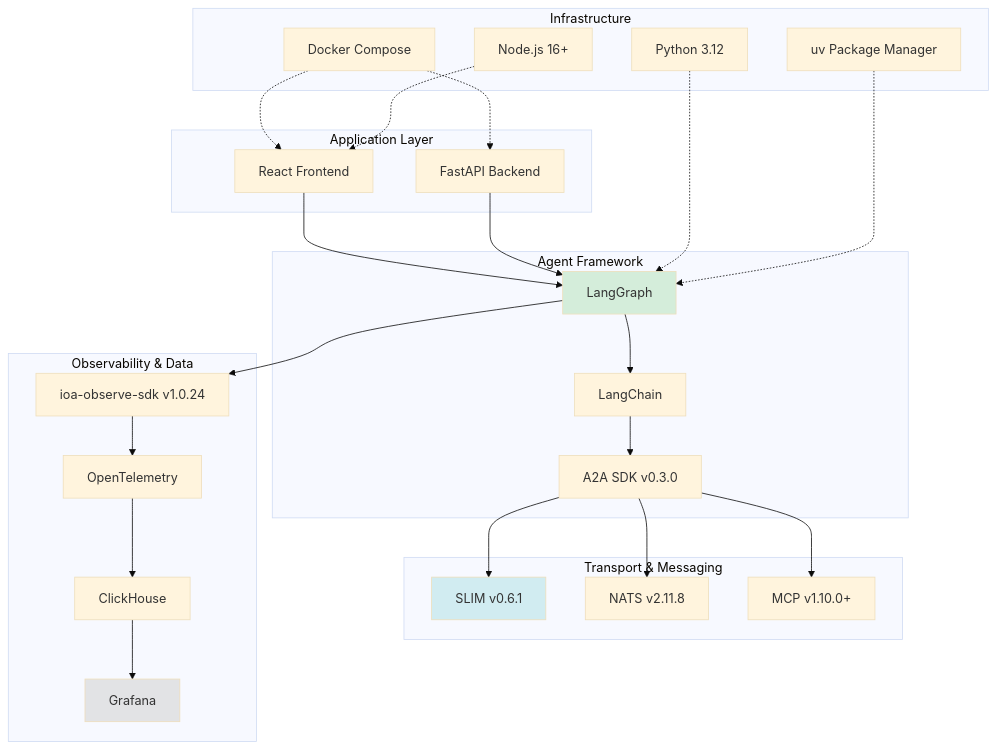
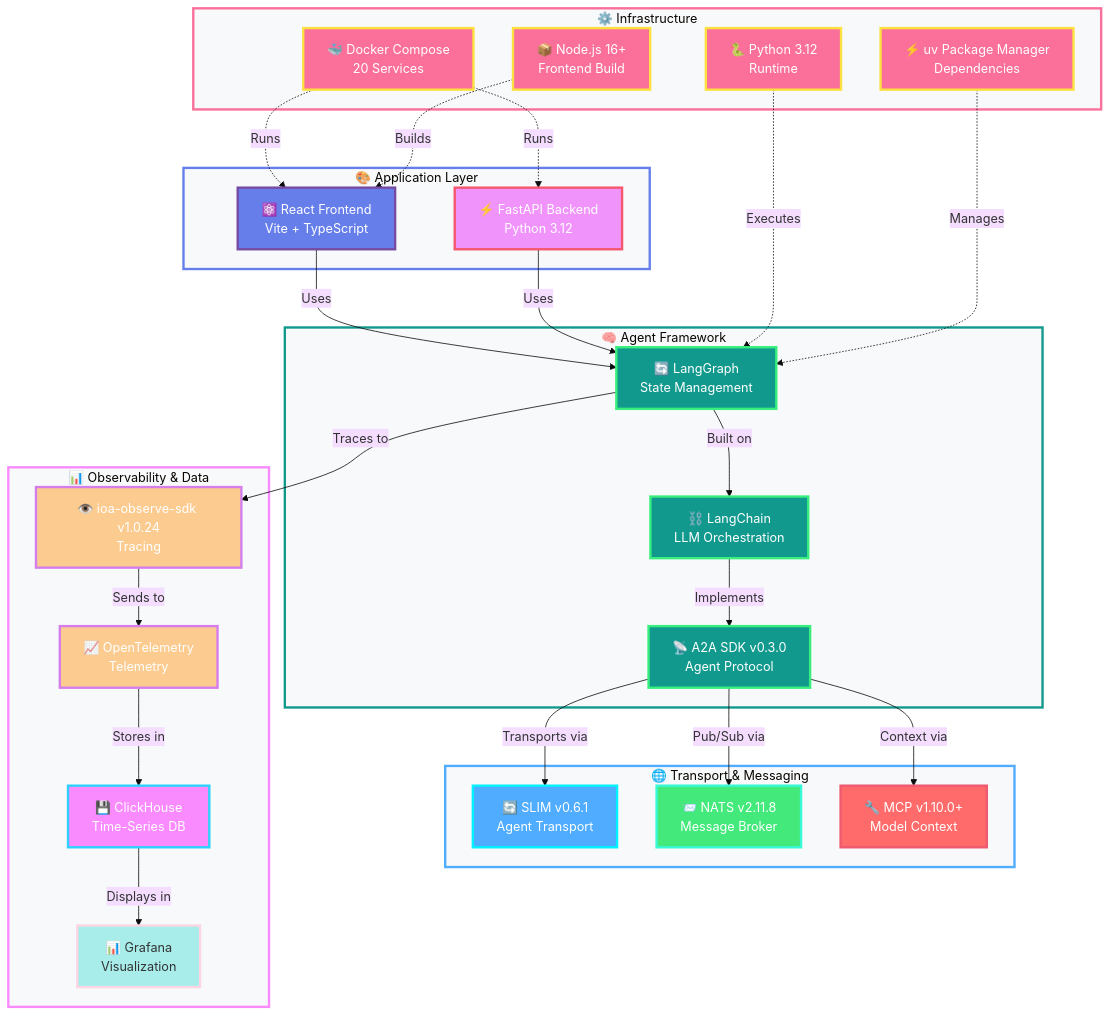
The fourth of 4 diagrams in README.md (rjamoriz/Agentcy-Multiagents), drawn with Mermaid (base theme) before and after one commit. The commit also changed other lines of this file, not shown here.

First line of the commit message:
🎨 Update Mermaid diagrams with vibrant gradient colors and emojis

````diff
--- a/README.md
+++ b/README.md
@@ -168,55 +220,78 @@
 ```mermaid
 graph TB
-    subgraph "Application Layer"
-        A1[React Frontend]
-        A2[FastAPI Backend]
+    subgraph APP["🎨 Application Layer"]
+        A1[⚛️ React Frontend<br/>Vite + TypeScript]
+        A2[⚡ FastAPI Backend<br/>Python 3.12]
     end
     
-    subgraph "Agent Framework"
-        B1[LangGraph]
-        B2[LangChain]
-        B3[A2A SDK v0.3.0]
+    subgraph FRAMEWORK["🧠 Agent Framework"]
+        B1[🔄 LangGraph<br/>State Management]
+        B2[⛓️ LangChain<br/>LLM Orchestration]
+        B3[📡 A2A SDK v0.3.0<br/>Agent Protocol]
     end
     
-    subgraph "Transport & Messaging"
-        C1[SLIM v0.6.1]
-        C2[NATS v2.11.8]
-        C3[MCP v1.10.0+]
+    subgraph TRANSPORT["🌐 Transport & Messaging"]
+        C1[🔄 SLIM v0.6.1<br/>Agent Transport]
+        C2[📨 NATS v2.11.8<br/>Message Broker]
+        C3[🔧 MCP v1.10.0+<br/>Model Context]
     end
     
-    subgraph "Observability & Data"
-        D1[ioa-observe-sdk v1.0.24]
-        D2[OpenTelemetry]
-        D3[ClickHouse]
-        D4[Grafana]
+    subgraph OBSERVABILITY["📊 Observability & Data"]
+        D1[👁️ ioa-observe-sdk v1.0.24<br/>Tracing]
+        D2[📈 OpenTelemetry<br/>Telemetry]
+        D3[💾 ClickHouse<br/>Time-Series DB]
+        D4[📊 Grafana<br/>Visualization]
     end
     
-    subgraph "Infrastructure"
-        E1[Docker Compose]
-        E2[Python 3.12]
-        E3[Node.js 16+]
-        E4[uv Package Manager]
+    subgraph INFRA["⚙️ Infrastructure"]
+        E1[🐳 Docker Compose<br/>20 Services]
+        E2[🐍 Python 3.12<br/>Runtime]
+        E3[📦 Node.js 16+<br/>Frontend Build]
+        E4[⚡ uv Package Manager<br/>Dependencies]
     end
     
-    A1 --> B1
-    A2 --> B1
-    B1 --> B2
-    B2 --> B3
-    B3 --> C1
-    B3 --> C2
-    B3 --> C3
-    B1 --> D1
-    D1 --> D2
-    D2 --> D3
-    D3 --> D4
+    A1 -->|Uses| B1
+    A2 -->|Uses| B1
+    B1 -->|Built on| B2
+    B2 -->|Implements| B3
+    B3 -->|Transports via| C1
+    B3 -->|Pub/Sub via| C2
+    B3 -->|Context via| C3
+    B1 -->|Traces to| D1
+    D1 -->|Sends to| D2
+    D2 -->|Stores in| D3
+    D3 -->|Displays in| D4
     
-    E1 -.-> A1
-    E1 -.-> A2
-    E2 -.-> B1
-    E3 -.-> A1
-    E4 -.-> B1
+    E1 -.->|Runs| A1
+    E1 -.->|Runs| A2
+    E2 -.->|Executes| B1
+    E3 -.->|Builds| A1
+    E4 -.->|Manages| B1
     
-    style B1 fill:#d4edda
-    style C1 fill:#d1ecf1
-    style D4 fill:#e2e3e5
+    style A1 fill:#667eea,stroke:#764ba2,stroke-width:3px,color:#fff
+    style A2 fill:#f093fb,stroke:#f5576c,stroke-width:3px,color:#fff
+    
+    style B1 fill:#11998e,stroke:#38ef7d,stroke-width:3px,color:#fff
+    style B2 fill:#11998e,stroke:#38ef7d,stroke-width:3px,color:#fff
+    style B3 fill:#11998e,stroke:#38ef7d,stroke-width:3px,color:#fff
+    
+    style C1 fill:#4facfe,stroke:#00f2fe,stroke-width:3px,color:#fff
+    style C2 fill:#43e97b,stroke:#38f9d7,stroke-width:3px,color:#fff
+    style C3 fill:#ff6b6b,stroke:#ee5a6f,stroke-width:3px,color:#fff
+    
+    style D1 fill:#fccb90,stroke:#d57eeb,stroke-width:3px,color:#fff
+    style D2 fill:#fccb90,stroke:#d57eeb,stroke-width:3px,color:#fff
+    style D3 fill:#fa8bff,stroke:#2bd2ff,stroke-width:3px,color:#fff
+    style D4 fill:#a8edea,stroke:#fed6e3,stroke-width:3px,color:#333
+    
+    style E1 fill:#fa709a,stroke:#fee140,stroke-width:3px,color:#fff
+    style E2 fill:#fa709a,stroke:#fee140,stroke-width:3px,color:#fff
+    style E3 fill:#fa709a,stroke:#fee140,stroke-width:3px,color:#fff
+    style E4 fill:#fa709a,stroke:#fee140,stroke-width:3px,color:#fff
+    
+    style APP fill:#f8f9fa,stroke:#667eea,stroke-width:3px
+    style FRAMEWORK fill:#f8f9fa,stroke:#11998e,stroke-width:3px
+    style TRANSPORT fill:#f8f9fa,stroke:#4facfe,stroke-width:3px
+    style OBSERVABILITY fill:#f8f9fa,stroke:#fa8bff,stroke-width:3px
+    style INFRA fill:#f8f9fa,stroke:#fa709a,stroke-width:3px
 ```
````
